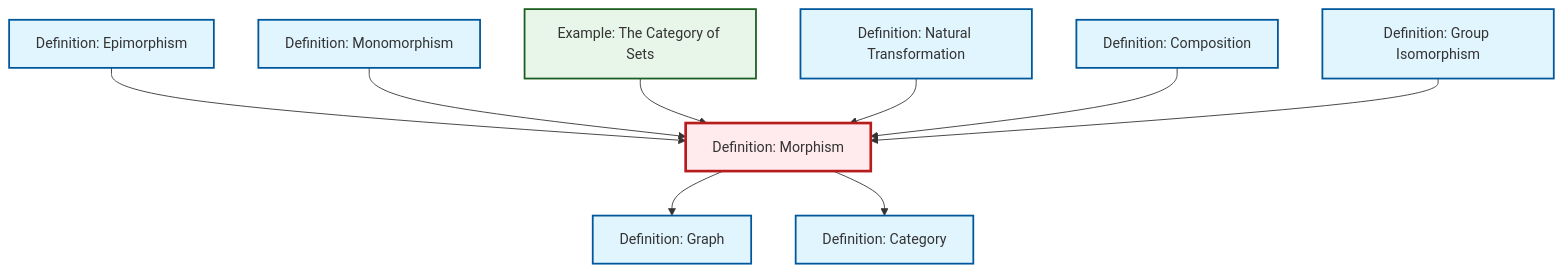
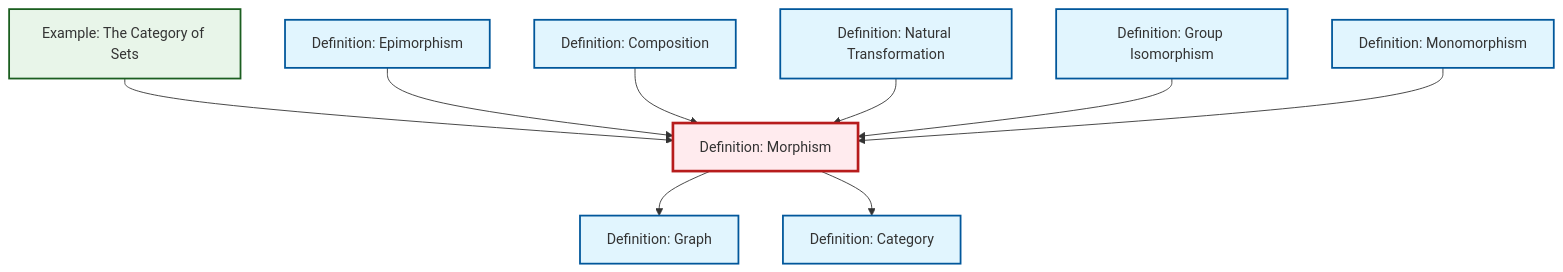
Before and after one commit to RK0429/ModernMath: the diagram in content/en/category-theory/def-morphism.qmd, drawn with Mermaid. The commit also changed other lines of this file and 634 other files, not shown here.

````diff
--- a/content/en/category-theory/def-morphism.qmd
+++ b/content/en/category-theory/def-morphism.qmd
@@ -56,35 +56,35 @@
 ```{mermaid}
 %%| fig-cap: "Local dependency graph"
 graph TD
     classDef definition fill:#e1f5fe,stroke:#01579b,stroke-width:2px
     classDef theorem fill:#f3e5f5,stroke:#4a148c,stroke-width:2px
     classDef axiom fill:#fff3e0,stroke:#e65100,stroke-width:2px
     classDef example fill:#e8f5e9,stroke:#1b5e20,stroke-width:2px
     classDef current fill:#ffebee,stroke:#b71c1c,stroke-width:3px
+    def-category["Definition: Category"]:::definition
+    def-natural-transformation["Definition: Natural Transformation"]:::definition
     def-composition["Definition: Composition"]:::definition
+    def-epimorphism["Definition: Epimorphism"]:::definition
     def-monomorphism["Definition: Monomorphism"]:::definition
+    def-isomorphism["Definition: Group Isomorphism"]:::definition
     ex-set-category["Example: The Category of Sets"]:::example
-    def-epimorphism["Definition: Epimorphism"]:::definition
     def-morphism["Definition: Morphism"]:::definition
-    def-isomorphism["Definition: Group Isomorphism"]:::definition
-    def-natural-transformation["Definition: Natural Transformation"]:::definition
     def-graph["Definition: Graph"]:::definition
-    def-category["Definition: Category"]:::definition
+    ex-set-category --> def-morphism
     def-epimorphism --> def-morphism
     def-morphism --> def-graph
+    def-morphism --> def-category
+    def-composition --> def-morphism
+    def-natural-transformation --> def-morphism
+    def-isomorphism --> def-morphism
     def-monomorphism --> def-morphism
-    ex-set-category --> def-morphism
-    def-natural-transformation --> def-morphism
-    def-composition --> def-morphism
-    def-morphism --> def-category
-    def-isomorphism --> def-morphism
     class def-morphism current
+    click def-category "def-category.html" "Go to Category definition"
+    click def-natural-transformation "def-natural-transformation.html" "Go to Natural Transformation definition"
     click def-composition "def-composition.html" "Go to Composition definition"
+    click def-epimorphism "def-epimorphism.html" "Go to Epimorphism definition"
     click def-monomorphism "def-monomorphism.html" "Go to Monomorphism definition"
+    click def-isomorphism "def-isomorphism.html" "Go to Group Isomorphism definition"
     click ex-set-category "ex-set-category.html" "Go to The Category of Sets example"
-    click def-epimorphism "def-epimorphism.html" "Go to Epimorphism definition"
-    click def-isomorphism "def-isomorphism.html" "Go to Group Isomorphism definition"
-    click def-natural-transformation "def-natural-transformation.html" "Go to Natural Transformation definition"
     click def-graph "def-graph.html" "Go to Graph definition"
-    click def-category "def-category.html" "Go to Category definition"
 ```
````
